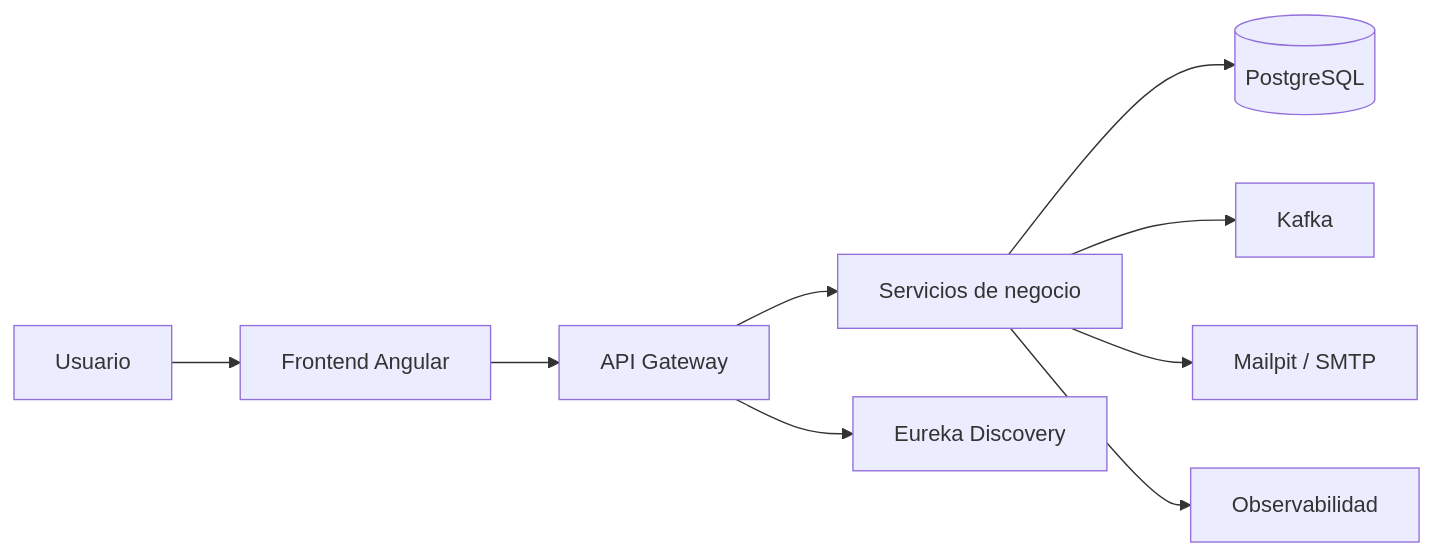
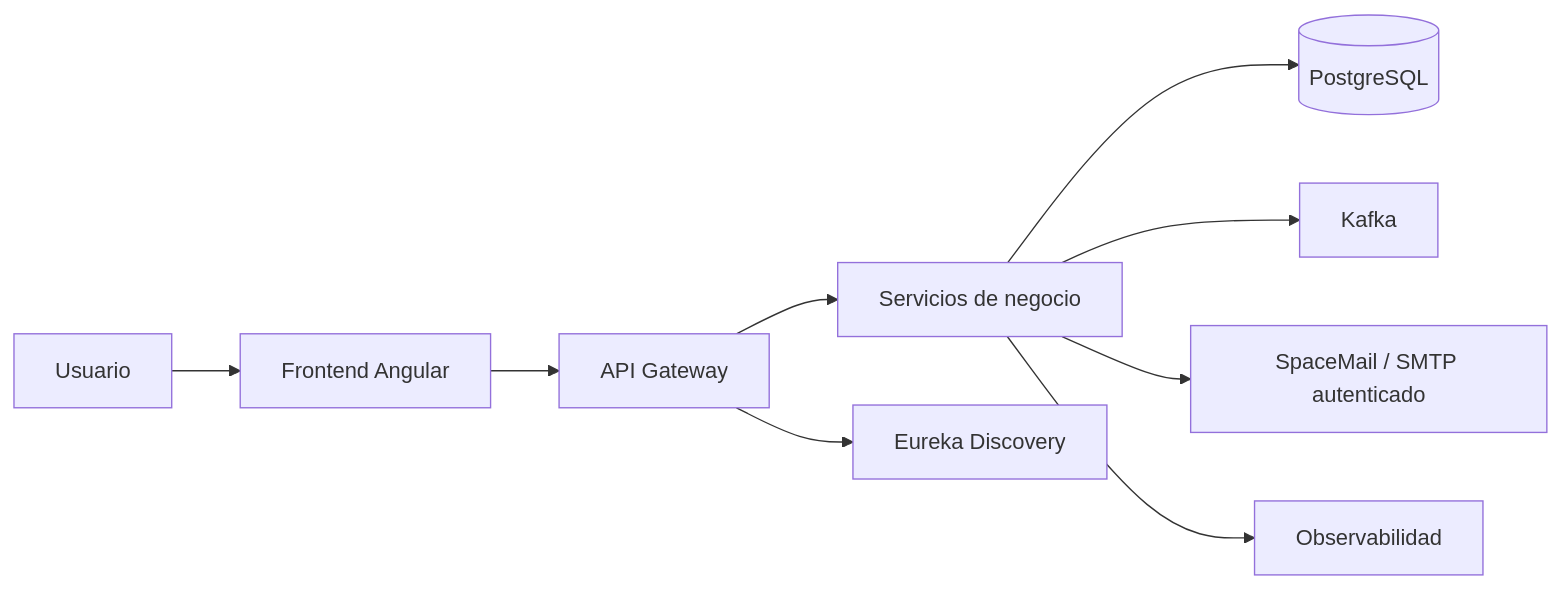
The diagram in README.md (rbn-69-cod/MediZano_microservicios), drawn with Mermaid before and after one commit. The commit also changed other lines of this file and 7 other files, not shown here.

Commit message:
fix: use SpaceMail as the only mail transport

````diff
--- a/README.md
+++ b/README.md
@@ -11,11 +11,11 @@
 ```mermaid
 flowchart LR
     U[Usuario] --> F[Frontend Angular]
     F --> G[API Gateway]
     G --> S1[Servicios de negocio]
     S1 --> DB[(PostgreSQL)]
     S1 --> K[Kafka]
-    S1 --> M[Mailpit / SMTP]
+    S1 --> M[SpaceMail / SMTP autenticado]
     G --> E[Eureka Discovery]
     S1 --> O[Observabilidad]
 ```
````
